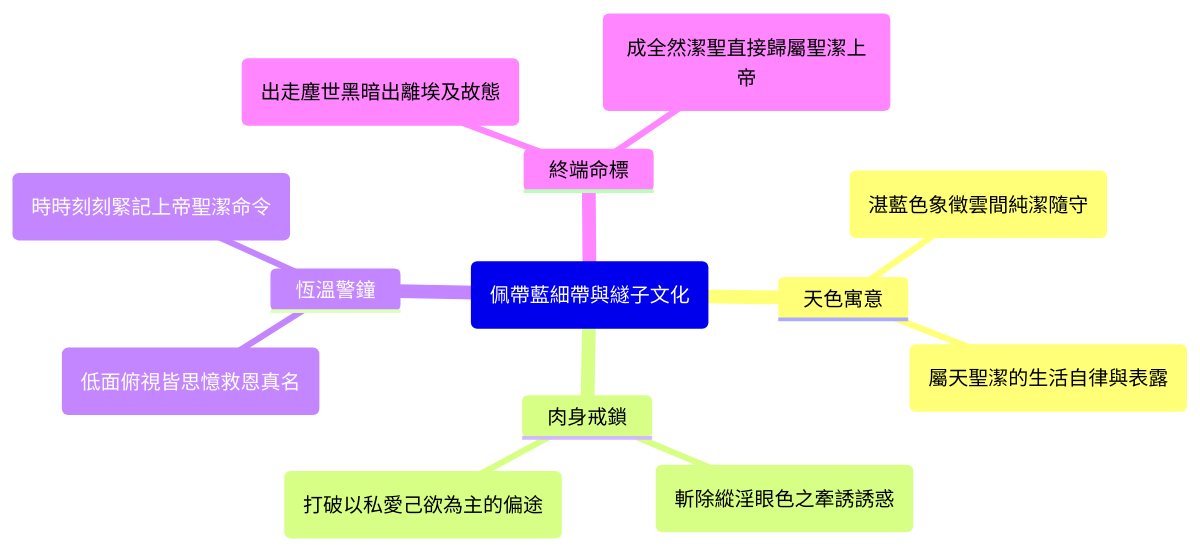
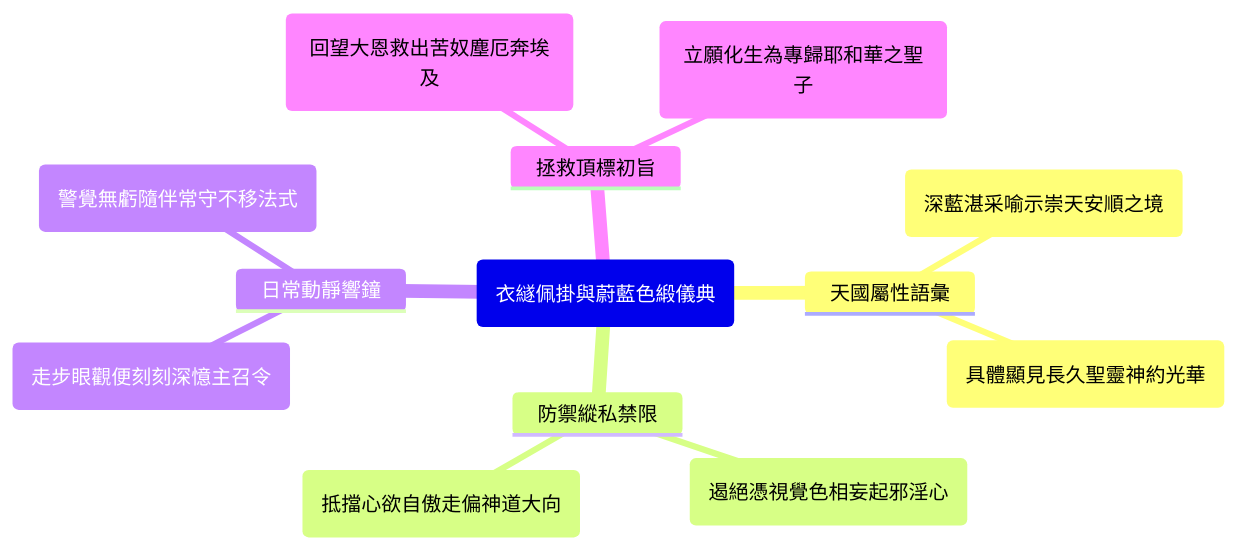
One commit to andyjr5566/Bible_wiki_zh changed the third of 3 diagrams in 04 民數記/第15章.md. Above: the diagram before and after it, drawn with Mermaid. The commit also changed other lines of this file and 22 other files, not shown here.

````diff
--- a/04 民數記/第15章.md
+++ b/04 民數記/第15章.md
@@ -164,16 +161,16 @@
 ```mermaid
 mindmap
-  root("佩帶藍細帶與繸子文化")
-    天色寓意
-      ("湛藍色象徵雲間純潔隨守")
-      ("屬天聖潔的生活自律與表露")
-    肉身戒鎖
-      ("斬除縱淫眼色之牽誘誘惑")
-      ("打破以私愛己欲為主的偏途")
-    恆溫警鐘
-      ("低面俯視皆思憶救恩真名")
-      ("時時刻刻緊記上帝聖潔命令")
-    終端命標
-      ("出走塵世黑暗出離埃及故態")
-      ("成全然潔聖直接歸屬聖潔上帝")
+  root("衣繸佩掛與蔚藍色緞儀典")
+    天國屬性語彙
+      ("深藍湛采喻示崇天安順之境")
+      ("具體顯見長久聖靈神約光華")
+    防禦縱私禁限
+      ("遏絕憑視覺色相妄起邪淫心")
+      ("抵擋心欲自傲走偏神道大向")
+    日常動靜響鐘
+      ("走步眼觀便刻刻深憶主召令")
+      ("警覺無虧隨伴常守不移法式")
+    拯救頂標初旨
+      ("回望大恩救出苦奴塵厄奔埃及")
+      ("立願化生為專歸耶和華之聖子")
 ```
````
